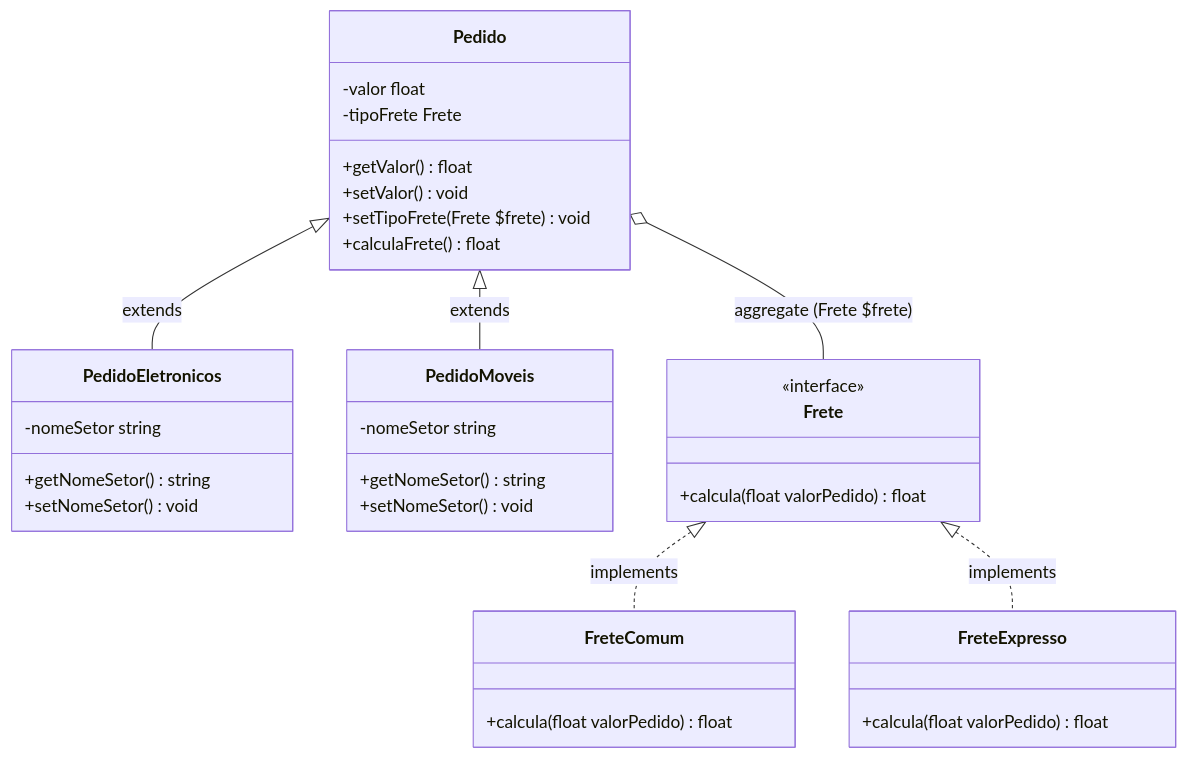
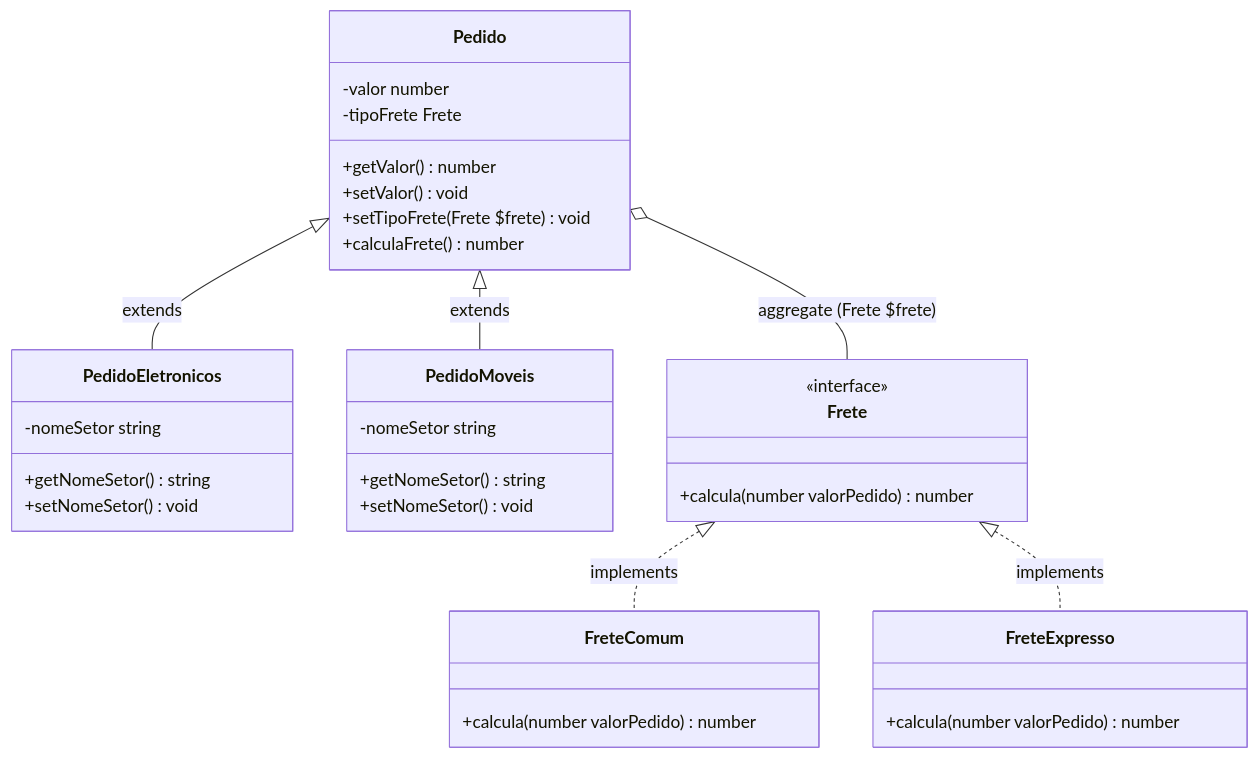
The fourth of 5 diagrams in Comportamentais/Strategy/README.md (francojeferson/rabiscando-padroes-de-projeto), drawn with Mermaid before and after one commit. The commit also changed other lines of this file and 34 other files, not shown here.

````diff
--- a/Comportamentais/Strategy/README.md
+++ b/Comportamentais/Strategy/README.md
@@ -113,41 +113,41 @@
 ```mermaid
 classDiagram
   class Pedido {
-    -valor float
+    -valor number
     -tipoFrete Frete
-    +getValor() float
+    +getValor() number
     +setValor() void
     +setTipoFrete(Frete $frete) void
-    +calculaFrete() float
+    +calculaFrete() number
   }
   Pedido <|-- PedidoEletronicos: extends
   Pedido <|-- PedidoMoveis: extends
   Pedido o-- Frete : aggregate (Frete $frete)
 
   class PedidoEletronicos {
     -nomeSetor string
     +getNomeSetor() string
     +setNomeSetor() void
   }
 
   class PedidoMoveis {
     -nomeSetor string
     +getNomeSetor() string
     +setNomeSetor() void
   }
 
   class Frete {
     <<interface>>
-    +calcula(float valorPedido) float
+    +calcula(number valorPedido) number
   }
   Frete <|.. FreteComum: implements
   Frete <|.. FreteExpresso: implements
 
   class FreteComum {
-    +calcula(float valorPedido) float
+    +calcula(number valorPedido) number
   }
 
   class FreteExpresso {
-    +calcula(float valorPedido) float
+    +calcula(number valorPedido) number
   }
 ```
````
